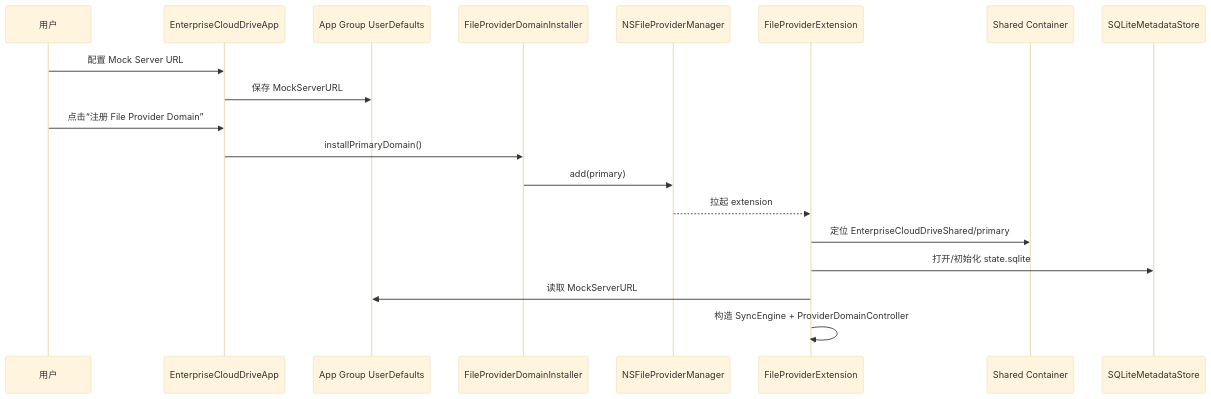
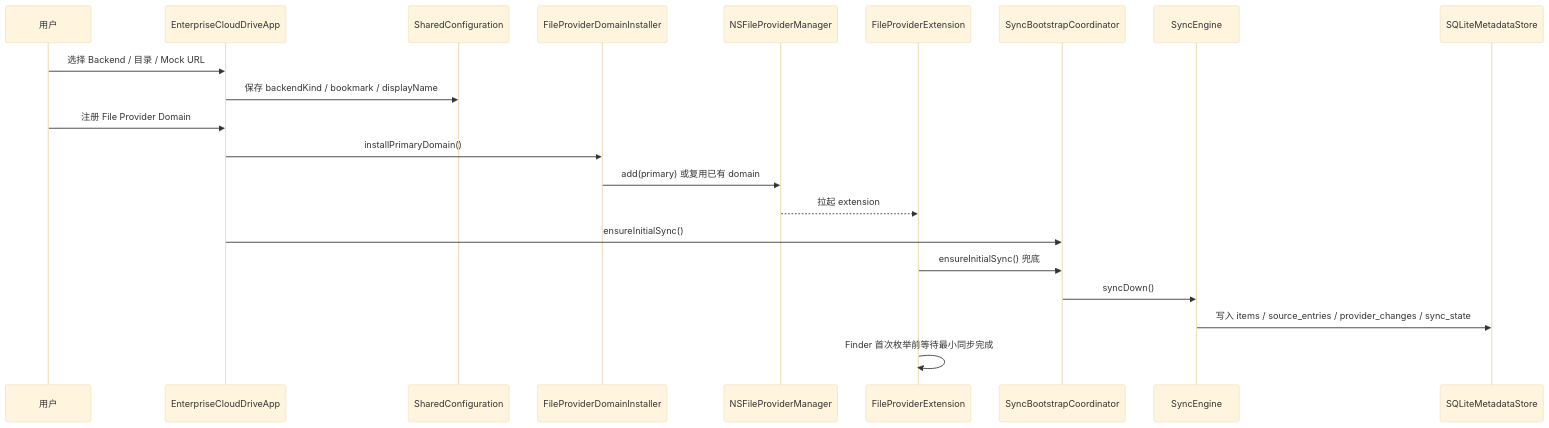
One commit to peiel/cloud-placeholders changed the second of 5 diagrams in docs/architecture.md. Above: the diagram before and after it, drawn with Mermaid (base theme). The commit also changed other lines of this file and 34 other files, not shown here.

````diff
--- a/docs/architecture.md
+++ b/docs/architecture.md
@@ -45,22 +49,24 @@
 ```mermaid
 sequenceDiagram
     participant User as 用户
     participant App as EnterpriseCloudDriveApp
-    participant Defaults as App Group UserDefaults
+    participant Config as SharedConfiguration
     participant Installer as FileProviderDomainInstaller
     participant System as NSFileProviderManager
     participant FP as FileProviderExtension
-    participant Shared as Shared Container
-    participant DB as SQLiteMetadataStore
+    participant Bootstrap as SyncBootstrapCoordinator
+    participant Sync as SyncEngine
+    participant Store as SQLiteMetadataStore
 
-    User->>App: 配置 Mock Server URL
-    App->>Defaults: 保存 MockServerURL
-    User->>App: 点击“注册 File Provider Domain”
+    User->>App: 选择 Backend / 目录 / Mock URL
+    App->>Config: 保存 backendKind / bookmark / displayName
+    User->>App: 注册 File Provider Domain
     App->>Installer: installPrimaryDomain()
-    Installer->>System: add(primary)
+    Installer->>System: add(primary) 或复用已有 domain
     System-->>FP: 拉起 extension
-    FP->>Shared: 定位 EnterpriseCloudDriveShared/primary
-    FP->>DB: 打开/初始化 state.sqlite
-    FP->>Defaults: 读取 MockServerURL
-    FP->>FP: 构造 SyncEngine + ProviderDomainController
+    App->>Bootstrap: ensureInitialSync()
+    FP->>Bootstrap: ensureInitialSync() 兜底
+    Bootstrap->>Sync: syncDown()
+    Sync->>Store: 写入 items / source_entries / provider_changes / sync_state
+    FP->>FP: Finder 首次枚举前等待最小同步完成
 ```
````
